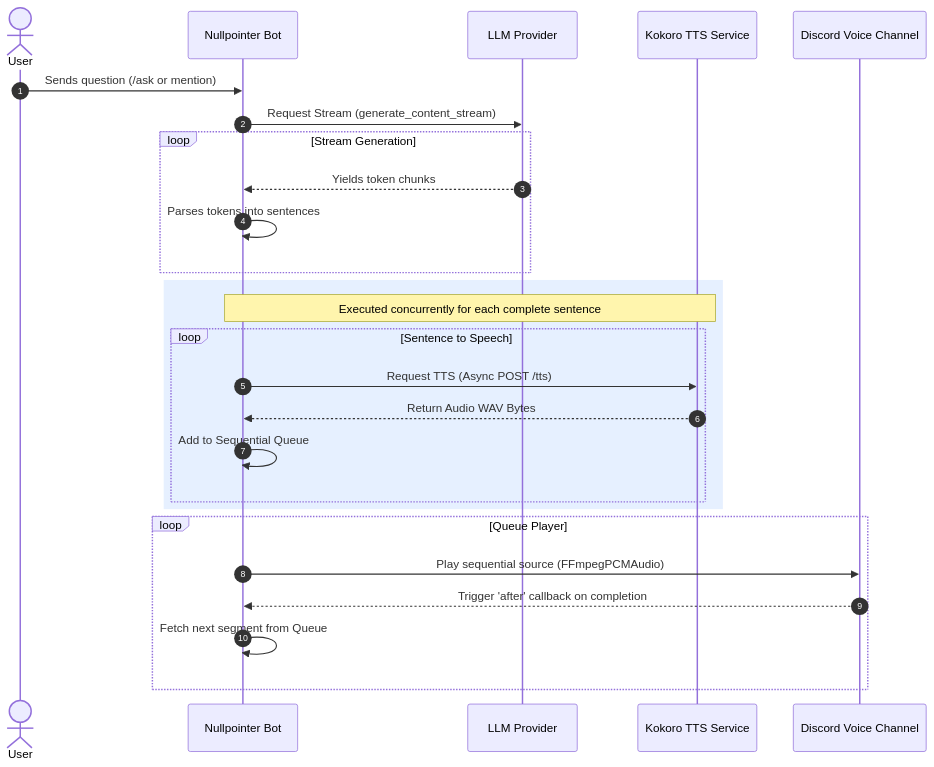
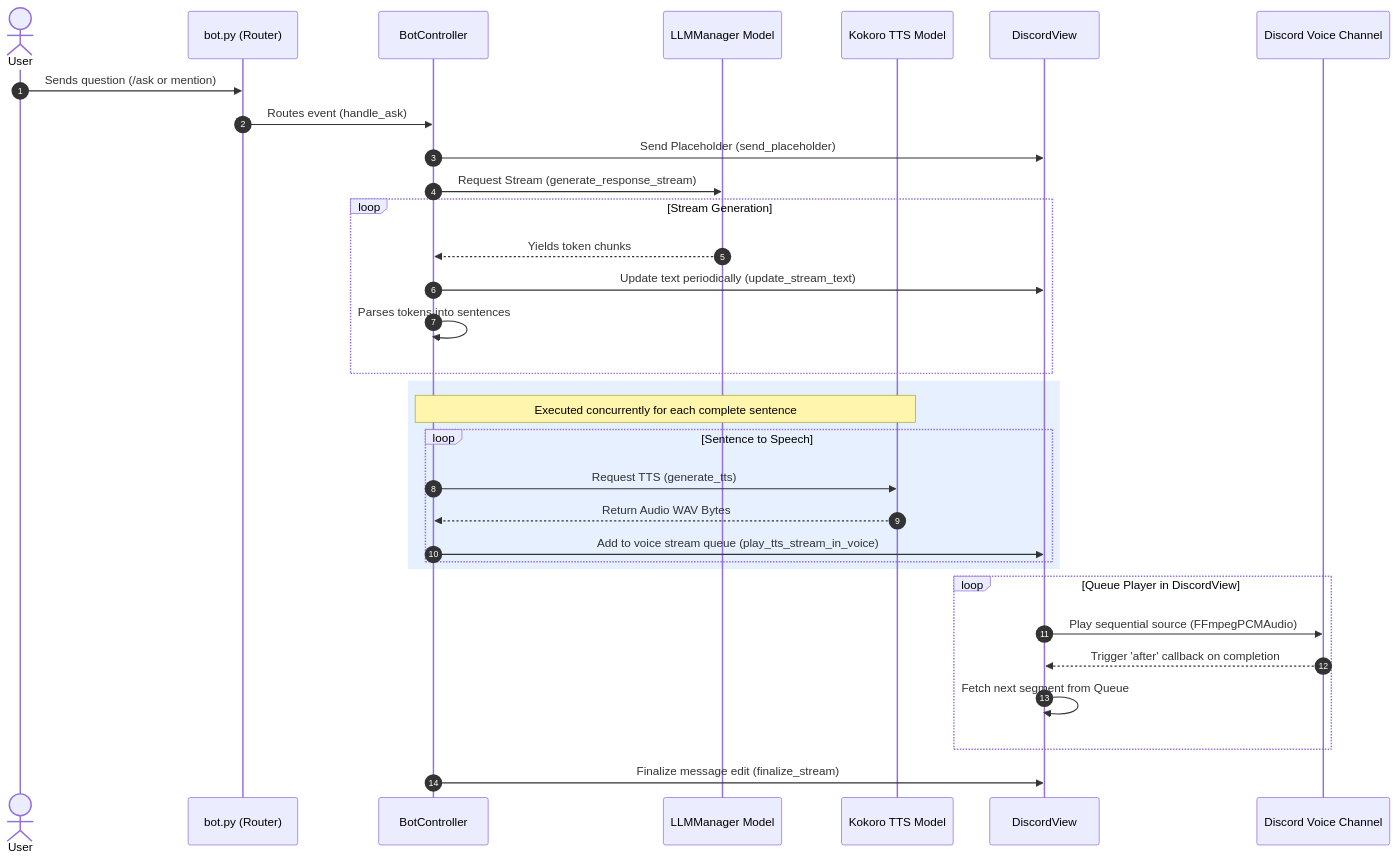
One commit to krishnakanthpathi/nullpointer changed the third of 3 diagrams in README.md. Above: the diagram before and after it, drawn with Mermaid. The commit also changed other lines of this file and 10 other files, not shown here.

Commit message:
Refactor codebase to Model-View-Controller (MVC) architecture

````diff
--- a/README.md
+++ b/README.md
@@ -90,32 +129,39 @@
 ```mermaid
 sequenceDiagram
     autonumber
     actor User
-    participant Bot as Nullpointer Bot
-    participant LLM as LLM Provider
-    participant TTS as Kokoro TTS Service
+    participant Router as bot.py (Router)
+    participant C as BotController
+    participant LLM as LLMManager Model
+    participant TTS as Kokoro TTS Model
+    participant V as DiscordView
     participant Voice as Discord Voice Channel
 
-    User->>Bot: Sends question (/ask or mention)
-    Bot->>LLM: Request Stream (generate_content_stream)
+    User->>Router: Sends question (/ask or mention)
+    Router->>C: Routes event (handle_ask)
+    C->>V: Send Placeholder (send_placeholder)
+    C->>LLM: Request Stream (generate_response_stream)
     
     loop Stream Generation
-        LLM-->>Bot: Yields token chunks
-        Bot->>Bot: Parses tokens into sentences
+        LLM-->>C: Yields token chunks
+        C->>V: Update text periodically (update_stream_text)
+        C->>C: Parses tokens into sentences
     end
 
     rect rgb(230, 240, 255)
-        Note over Bot, TTS: Executed concurrently for each complete sentence
+        Note over C, TTS: Executed concurrently for each complete sentence
         loop Sentence to Speech
-            Bot->>TTS: Request TTS (Async POST /tts)
-            TTS-->>Bot: Return Audio WAV Bytes
-            Bot->>Bot: Add to Sequential Queue
+            C->>TTS: Request TTS (generate_tts)
+            TTS-->>C: Return Audio WAV Bytes
+            C->>V: Add to voice stream queue (play_tts_stream_in_voice)
         end
     end
 
-    loop Queue Player
-        Bot->>Voice: Play sequential source (FFmpegPCMAudio)
-        Voice-->>Bot: Trigger 'after' callback on completion
-        Bot->>Bot: Fetch next segment from Queue
+    loop Queue Player in DiscordView
+        V->>Voice: Play sequential source (FFmpegPCMAudio)
+        Voice-->>V: Trigger 'after' callback on completion
+        V->>V: Fetch next segment from Queue
     end
+
+    C->>V: Finalize message edit (finalize_stream)
 ```
````
